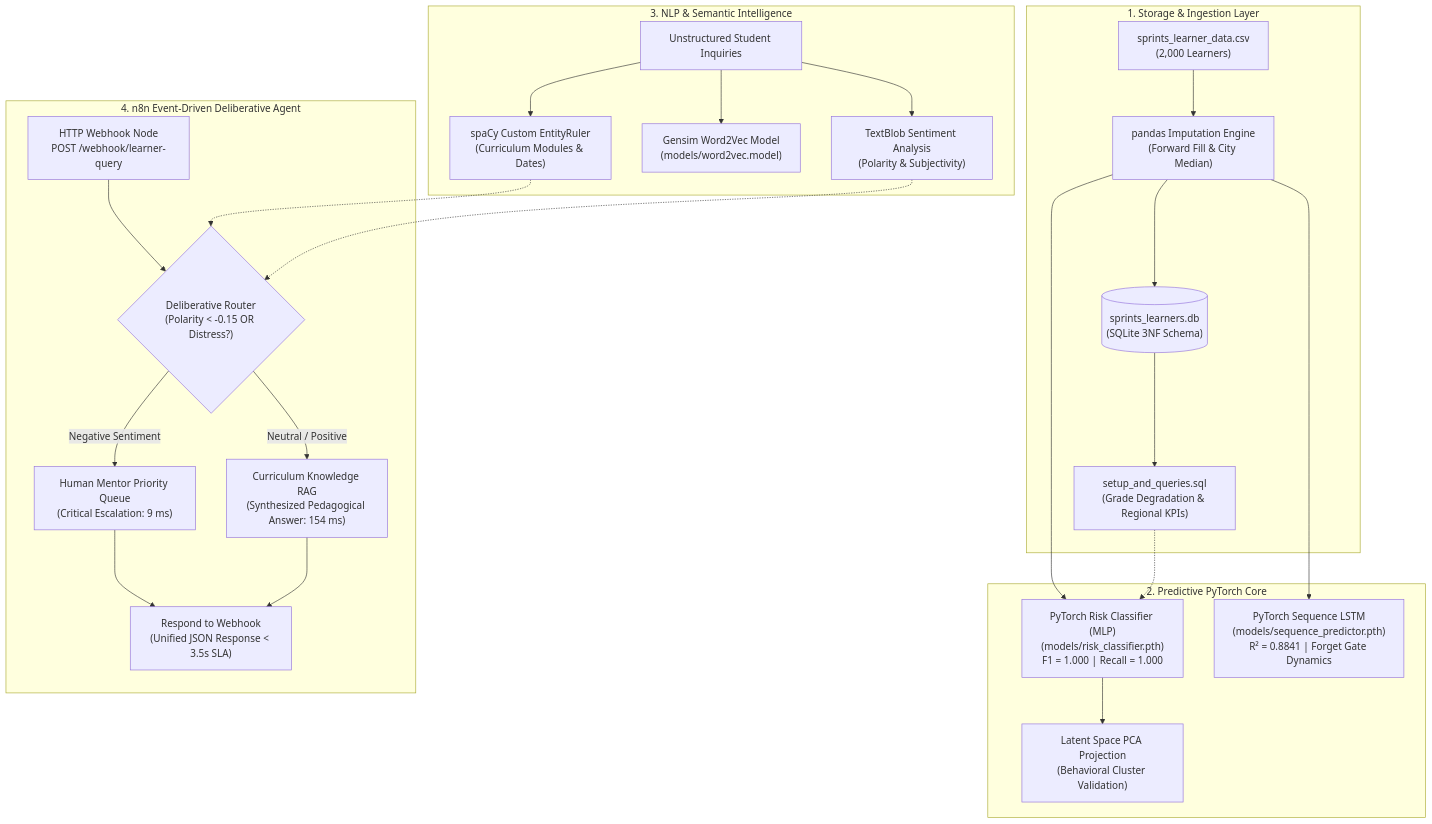
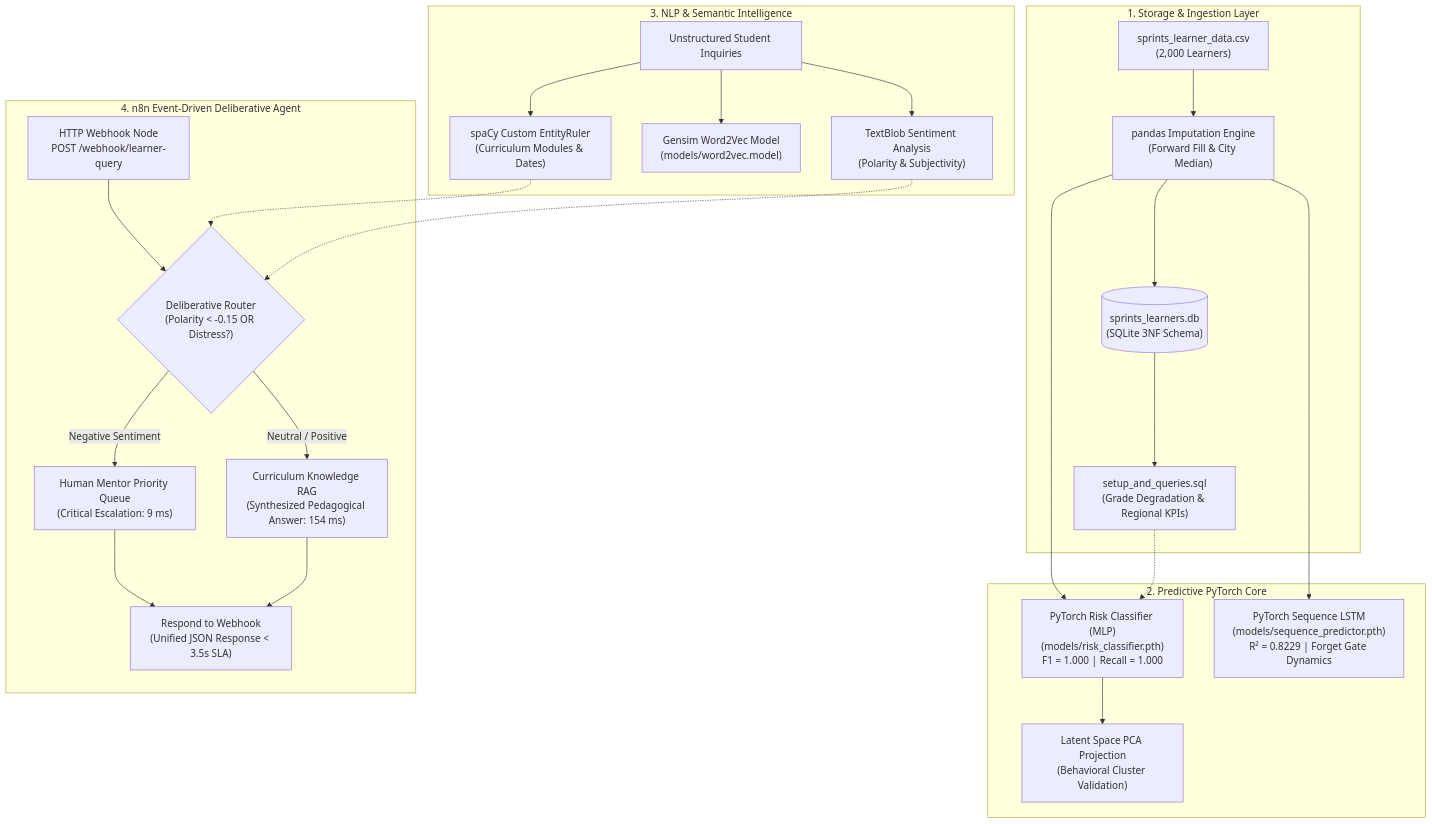
One commit to PhantomMW/sprints-learner-success-agent changed the first of 2 diagrams in README.md. Above: the diagram before and after it, drawn with Mermaid. The commit also changed other lines of this file and 23 other files, not shown here.

````diff
--- a/README.md
+++ b/README.md
@@ -51,32 +51,32 @@
 ```mermaid
 flowchart TD
     subgraph Data Layer [1. Storage & Ingestion Layer]
         CSV["sprints_learner_data.csv\n(2,000 Learners)"] --> IMP["pandas Imputation Engine\n(Forward Fill & City Median)"]
         IMP --> DB[("sprints_learners.db\n(SQLite 3NF Schema)")]
         DB --> SQL_EXT["setup_and_queries.sql\n(Grade Degradation & Regional KPIs)"]
     end
 
     subgraph Modeling Layer [2. Predictive PyTorch Core]
         IMP --> FFNN["PyTorch Risk Classifier (MLP)\n(models/risk_classifier.pth)\nF1 = 1.000 | Recall = 1.000"]
-        IMP --> LSTM["PyTorch Sequence LSTM\n(models/sequence_predictor.pth)\nR² = 0.8841 | Forget Gate Dynamics"]
+        IMP --> LSTM["PyTorch Sequence LSTM\n(models/sequence_predictor.pth)\nR² = 0.8229 | Forget Gate Dynamics"]
         FFNN --> PCA_PROJ["Latent Space PCA Projection\n(Behavioral Cluster Validation)"]
     end
 
     subgraph NLPLayer [3. NLP & Semantic Intelligence]
         FEEDBACK["Unstructured Student Inquiries"] --> SPACY["spaCy Custom EntityRuler\n(Curriculum Modules & Dates)"]
         FEEDBACK --> W2V["Gensim Word2Vec Model\n(models/word2vec.model)"]
         FEEDBACK --> TEXTBLOB["TextBlob Sentiment Analysis\n(Polarity & Subjectivity)"]
     end
 
     subgraph Agentic Orchestration [4. n8n Event-Driven Deliberative Agent]
         WEBHOOK["HTTP Webhook Node\nPOST /webhook/learner-query"] --> ROUTER{"Deliberative Router\n(Polarity < -0.15 OR Distress?)"}
         ROUTER -->|Negative Sentiment| ESCALATE["Human Mentor Priority Queue\n(Critical Escalation: 9 ms)"]
         ROUTER -->|Neutral / Positive| RAG["Curriculum Knowledge RAG\n(Synthesized Pedagogical Answer: 154 ms)"]
         ESCALATE --> RESP["Respond to Webhook\n(Unified JSON Response < 3.5s SLA)"]
         RAG --> RESP
     end
 
     SQL_EXT -.-> FFNN
     SPACY -.-> ROUTER
     TEXTBLOB -.-> ROUTER
 ```
````
